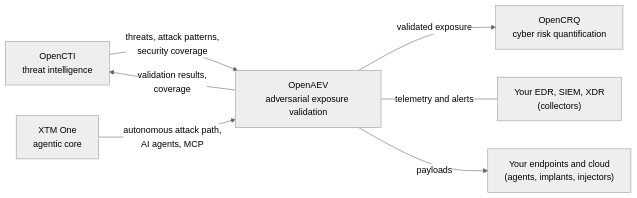
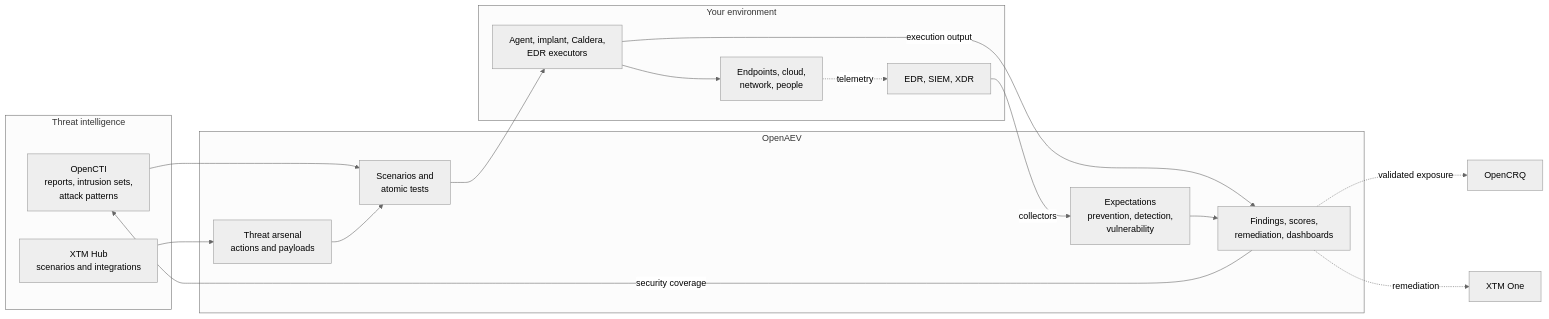
Before and after one commit to OpenAEV-Platform/openaev: the first of 2 diagrams in README.md, drawn with Mermaid (neutral theme). The commit also changed other lines of this file and 14 other files, not shown here.

First line of the commit message:
docs(readme): home dashboard hero, gallery, product and platform diagrams, full links (#9473)

````diff
--- a/README.md
+++ b/README.md
@@ -110,9 +137,29 @@
 ```mermaid
 flowchart LR
-  OCTI["OpenCTI<br/>threat intelligence"] -- "threats, attack patterns,<br/>security coverage" --> OAEV["OpenAEV<br/>adversarial exposure validation"]
-  OAEV -- "validation results,<br/>coverage" --> OCTI
-  OAEV -- "validated exposure" --> OCRQ["OpenCRQ<br/>cyber risk quantification"]
-  XO["XTM One<br/>agentic core"] -- "autonomous attack path,<br/>AI agents, MCP" --> OAEV
-  OAEV -- "telemetry and alerts" --- SEC["Your EDR, SIEM, XDR<br/>(collectors)"]
-  OAEV -- "payloads" --> EP["Your endpoints and cloud<br/>(agents, implants, injectors)"]
+    subgraph intel["Threat intelligence"]
+        octi["OpenCTI<br/>reports, intrusion sets,<br/>attack patterns"]
+        hub["XTM Hub<br/>scenarios and integrations"]
+    end
+    subgraph aev["OpenAEV"]
+        scen["Scenarios and<br/>atomic tests"]
+        arsenal["Threat arsenal<br/>actions and payloads"]
+        score["Expectations<br/>prevention, detection,<br/>vulnerability"]
+        out["Findings, scores,<br/>remediation, dashboards"]
+    end
+    subgraph env["Your environment"]
+        exec["Agent, implant, Caldera,<br/>EDR executors"]
+        assets["Endpoints, cloud,<br/>network, people"]
+        stack["EDR, SIEM, XDR"]
+    end
+    octi --> scen
+    hub --> arsenal
+    arsenal --> scen
+    scen --> exec --> assets
+    assets -. telemetry .-> stack
+    stack -- collectors --> score
+    exec -- execution output --> out
+    score --> out
+    out -- security coverage --> octi
+    out -. validated exposure .-> crq["OpenCRQ"]
+    out -. remediation .-> one["XTM One"]
 ```
````
